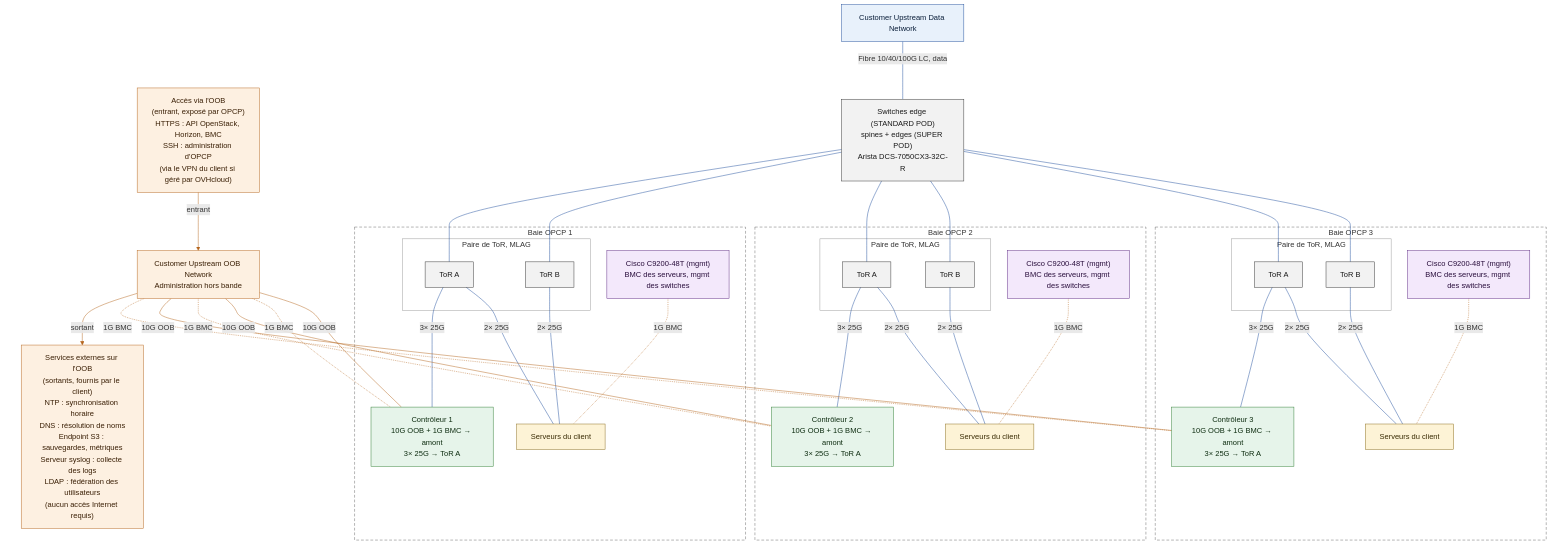
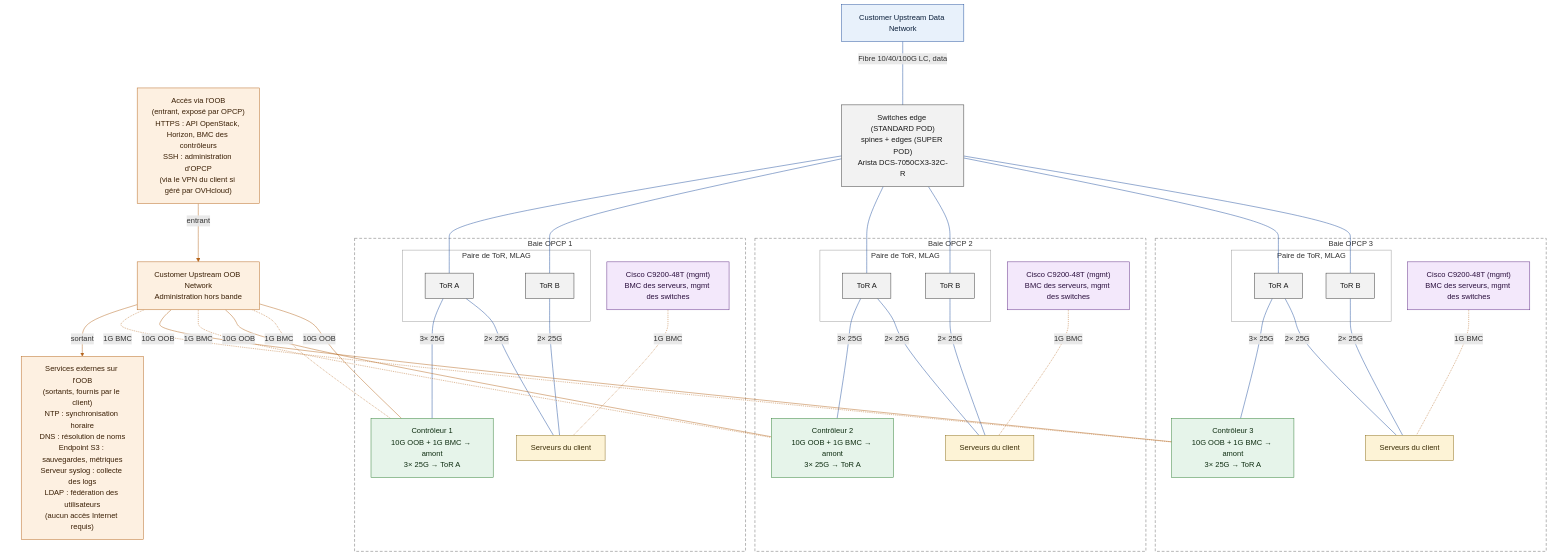
The second of 2 diagrams in docs/fr/guides/hosted-private-cloud/opcp/opcp-network-architecture.mdx (ovh/ovhcloud-docs), drawn with Mermaid before and after one commit. The commit also changed other lines of this file and 1 other file, not shown here.

First line of the commit message:
docs(opcp): expose only the controller BMCs on the customer OOB network

````diff
--- a/docs/fr/guides/hosted-private-cloud/opcp/opcp-network-architecture.mdx
+++ b/docs/fr/guides/hosted-private-cloud/opcp/opcp-network-architecture.mdx
@@ -165,81 +165,81 @@
 ```mermaid
 flowchart TB
     accTitle: Topologie OPCP STANDARD POD et SUPER POD, 3 contrôleurs dans 3 baies
     accDescr: Trois baies OPCP comptant chacune un contrôleur. Dans chaque baie, les serveurs du client sont reliés à ToR A et ToR B en 2x25G et leurs BMC au switch de management Cisco ; le contrôleur est relié à ToR A en 3x25G et au réseau OOB du client en fibre 10G, plus un lien 1G RJ45 pour son BMC. Les ToR de chaque baie remontent vers les switches edge (et les spines en SUPER POD), reliés au réseau de données du client en fibre 10G, 40G ou 100G. Via le réseau OOB, OPCP expose les accès HTTPS et SSH et joint les services NTP, DNS, S3, syslog et LDAP fournis par le client.
     subgraph R1["Baie OPCP 1"]
         subgraph P1["Paire de ToR, MLAG"]
             TA1["ToR A"]:::switch
             TB1["ToR B"]:::switch
         end
         M1["Cisco C9200-48T (mgmt)<br/>BMC des serveurs, mgmt des switches"]:::mgmt
         S1["Serveurs du client"]:::server
         C1["Contrôleur 1<br/>10G OOB + 1G BMC → amont<br/>3× 25G → ToR A"]:::ctrl
     end
     subgraph R2["Baie OPCP 2"]
         subgraph P2["Paire de ToR, MLAG"]
             TA2["ToR A"]:::switch
             TB2["ToR B"]:::switch
         end
         M2["Cisco C9200-48T (mgmt)<br/>BMC des serveurs, mgmt des switches"]:::mgmt
         S2["Serveurs du client"]:::server
         C2["Contrôleur 2<br/>10G OOB + 1G BMC → amont<br/>3× 25G → ToR A"]:::ctrl
     end
     subgraph R3["Baie OPCP 3"]
         subgraph P3["Paire de ToR, MLAG"]
             TA3["ToR A"]:::switch
             TB3["ToR B"]:::switch
         end
         M3["Cisco C9200-48T (mgmt)<br/>BMC des serveurs, mgmt des switches"]:::mgmt
         S3["Serveurs du client"]:::server
         C3["Contrôleur 3<br/>10G OOB + 1G BMC → amont<br/>3× 25G → ToR A"]:::ctrl
     end
     DATA["Customer Upstream Data Network"]:::data
     subgraph ADM[" "]
         OOB["Customer Upstream OOB Network<br/>Administration hors bande"]:::oob
-        IN["Accès via l'OOB<br/>(entrant, exposé par OPCP)<br/>HTTPS : API OpenStack, Horizon, BMC<br/>SSH : administration d'OPCP<br/>(via le VPN du client si géré par OVHcloud)"]:::oob
+        IN["Accès via l'OOB<br/>(entrant, exposé par OPCP)<br/>HTTPS : API OpenStack, Horizon, BMC des contrôleurs<br/>SSH : administration d'OPCP<br/>(via le VPN du client si géré par OVHcloud)"]:::oob
         EXT["Services externes sur l'OOB<br/>(sortants, fournis par le client)<br/>NTP : synchronisation horaire<br/>DNS : résolution de noms<br/>Endpoint S3 : sauvegardes, métriques<br/>Serveur syslog : collecte des logs<br/>LDAP : fédération des utilisateurs<br/>(aucun accès Internet requis)"]:::oob
     end
     EDGE["Switches edge (STANDARD POD)<br/>spines + edges (SUPER POD)<br/>Arista DCS-7050CX3-32C-R"]:::switch
     DATA ---|"Fibre 10/40/100G LC, data"| EDGE
     EDGE --- TB3
     EDGE --- TA3
     TA1 ---|"2× 25G"| S1
     TB1 ---|"2× 25G"| S1
     TA1 ---|"3× 25G"| C1
     EDGE --- TB2
     EDGE --- TA2
     TA2 ---|"2× 25G"| S2
     TB2 ---|"2× 25G"| S2
     TA2 ---|"3× 25G"| C2
     EDGE --- TB1
     EDGE --- TA1
     TA3 ---|"2× 25G"| S3
     TB3 ---|"2× 25G"| S3
     TA3 ---|"3× 25G"| C3
     M1 -.-|"1G BMC"| S1
     OOB ---|"10G OOB"| C1
     OOB -.-|"1G BMC"| C1
     M2 -.-|"1G BMC"| S2
     OOB ---|"10G OOB"| C2
     OOB -.-|"1G BMC"| C2
     M3 -.-|"1G BMC"| S3
     OOB ---|"10G OOB"| C3
     OOB -.-|"1G BMC"| C3
     IN -->|"entrant"| OOB
     OOB -->|"sortant"| EXT
     linkStyle 0,1,2,3,4,5,6,7,8,9,10,11,12,13,14,15 stroke:#1f4e9c
     linkStyle 16,17,18,19,20,21,22,23,24,25,26 stroke:#b5651d
     style R1 fill:none,stroke:#666666,stroke-dasharray:6 4
     style P1 fill:none,stroke:#999999
     style R2 fill:none,stroke:#666666,stroke-dasharray:6 4
     style P2 fill:none,stroke:#999999
     style R3 fill:none,stroke:#666666,stroke-dasharray:6 4
     style P3 fill:none,stroke:#999999
     style ADM fill:none,stroke:none
     classDef data fill:#e8f1fb,stroke:#1f4e9c,color:#0b1f3a
     classDef oob fill:#fdf0e1,stroke:#b5651d,color:#3a1f05
     classDef ctrl fill:#e6f4ea,stroke:#2e7d32,color:#0f2e12
     classDef mgmt fill:#f3e8fb,stroke:#5e2a84,color:#2a0f3d
     classDef server fill:#fdf3d6,stroke:#8a6d1d,color:#3a2c05
     classDef switch fill:#f2f2f2,stroke:#333333,color:#1a1a1a
 ```
````
